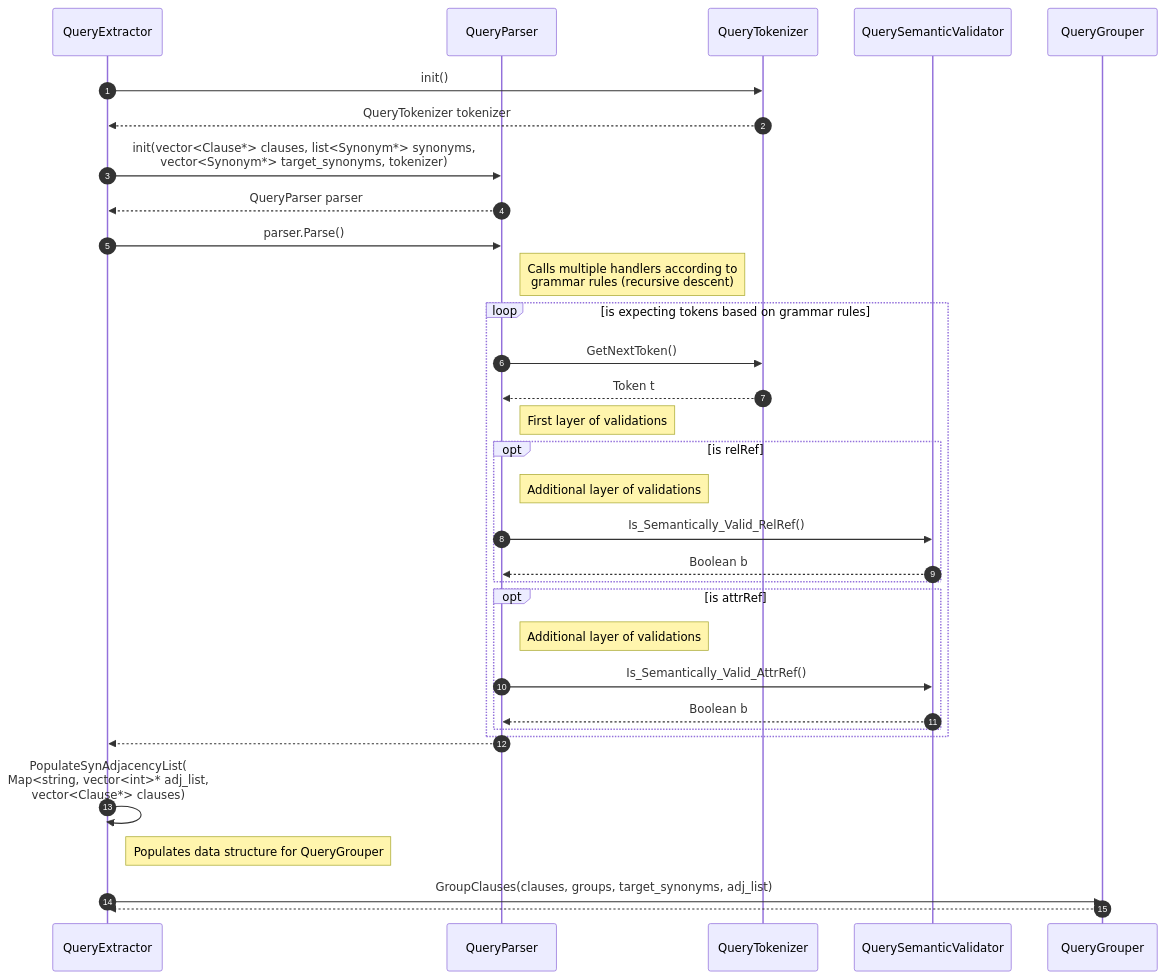
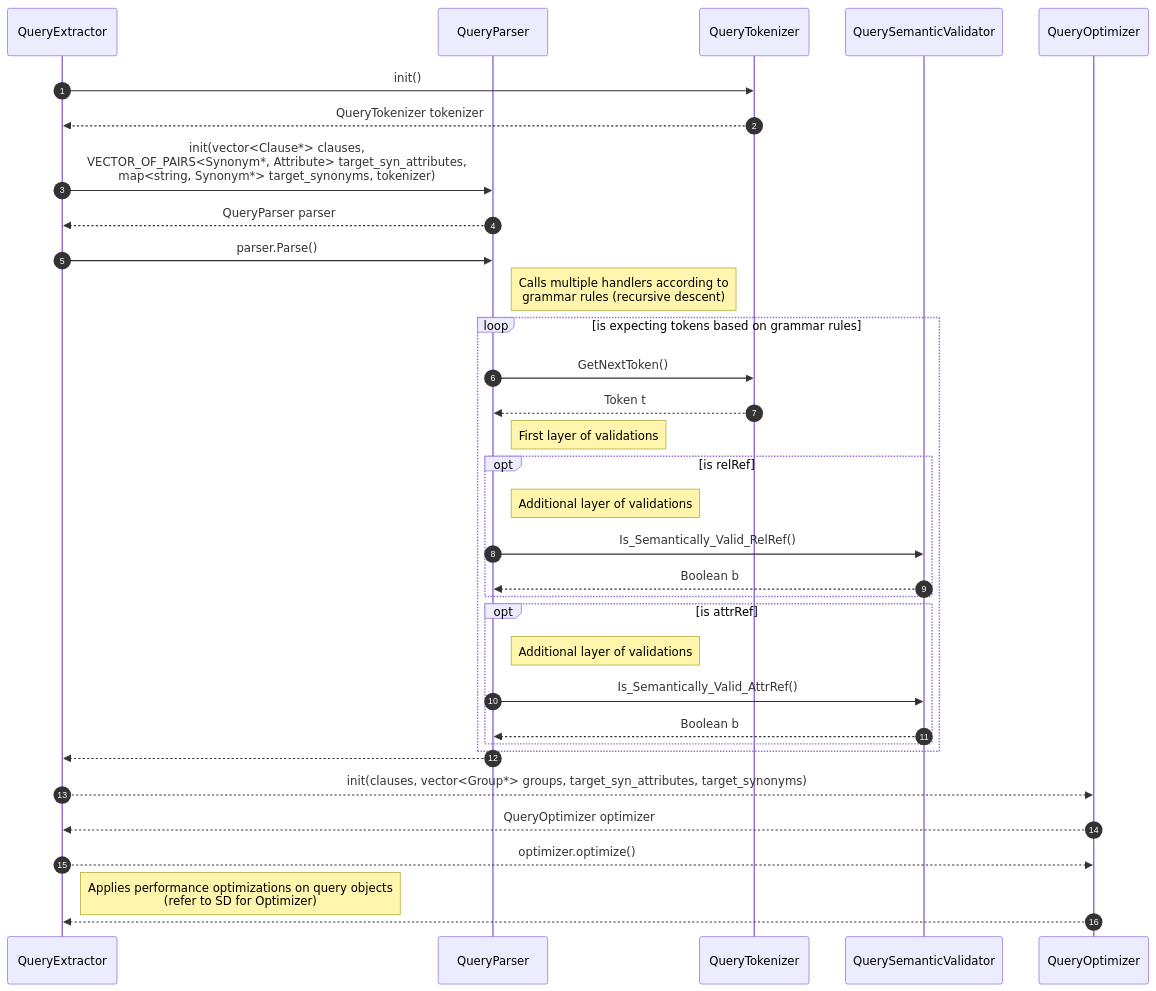
One commit to rtshkmr/CS3203-StaticProgramAnalyzer changed the diagram in docs/sd/query_extractor.mmd. Above: the diagram before and after it, drawn with Mermaid.

```diff
--- a/docs/sd/query_extractor.mmd
+++ b/docs/sd/query_extractor.mmd
@@ -1,35 +1,36 @@
 sequenceDiagram
     autonumber
     participant QueryExtractor
     participant QueryParser
     participant QueryTokenizer
     participant QuerySemanticValidator
-    participant QueryGrouper
+    participant QueryOptimizer
 
     %% This sd is for per query (PQL statement) basis.
     QueryExtractor->>QueryTokenizer: init()
     QueryTokenizer-->>QueryExtractor: QueryTokenizer tokenizer
-    QueryExtractor->>QueryParser: init(vector<Clause*> clauses, list<Synonym*> synonyms, <br>vector<Synonym*> target_synonyms, tokenizer)
+    QueryExtractor->>QueryParser: init(vector<Clause*> clauses, <br>VECTOR_OF_PAIRS<Synonym*, Attribute> target_syn_attributes, <br>map<string, Synonym*> target_synonyms, tokenizer)
     QueryParser-->>QueryExtractor: QueryParser parser
     QueryExtractor->>QueryParser: parser.Parse()
     Note right of QueryParser: Calls multiple handlers according to <br> grammar rules (recursive descent)
     loop is expecting tokens based on grammar rules
         QueryParser->>QueryTokenizer: GetNextToken()
         QueryTokenizer-->>QueryParser: Token t
         Note right of QueryParser: First layer of validations
         opt is relRef
             Note right of QueryParser: Additional layer of validations
             QueryParser->>QuerySemanticValidator: Is_Semantically_Valid_RelRef()
             QuerySemanticValidator-->>QueryParser: Boolean b
         end
         opt is attrRef
             Note right of QueryParser: Additional layer of validations
             QueryParser->>QuerySemanticValidator: Is_Semantically_Valid_AttrRef()
             QuerySemanticValidator-->>QueryParser: Boolean b
         end
     end
     QueryParser-->>QueryExtractor:
-        QueryExtractor->>QueryExtractor: PopulateSynAdjacencyList(<br>Map<string, vector<int>* adj_list, <br>vector<Clause*> clauses)
-    Note right of QueryExtractor: Populates data structure for QueryGrouper
-    QueryExtractor->>QueryGrouper: GroupClauses(clauses, groups, target_synonyms, adj_list)
-    QueryGrouper-->>QueryExtractor:
+    QueryExtractor-->>QueryOptimizer: init(clauses, vector<Group*> groups, target_syn_attributes, target_synonyms)
+    QueryOptimizer-->>QueryExtractor: QueryOptimizer optimizer
+    QueryExtractor-->>QueryOptimizer: optimizer.optimize()
+    Note right of QueryExtractor: Applies performance optimizations on query objects <br> (refer to SD for Optimizer)
+    QueryOptimizer-->>QueryExtractor:
```
